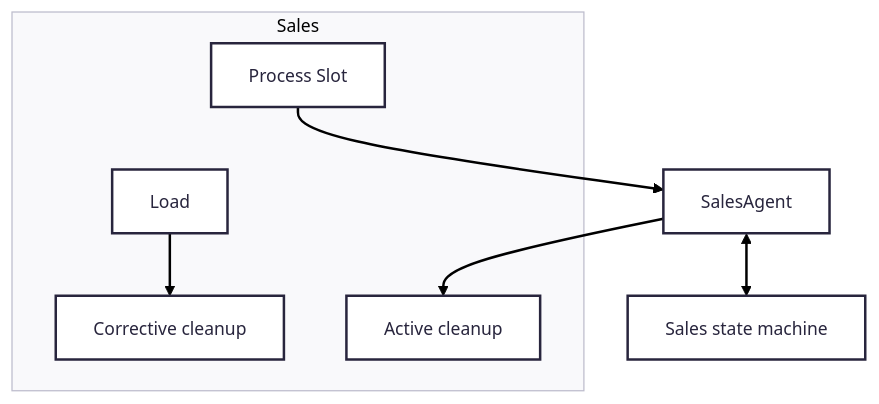
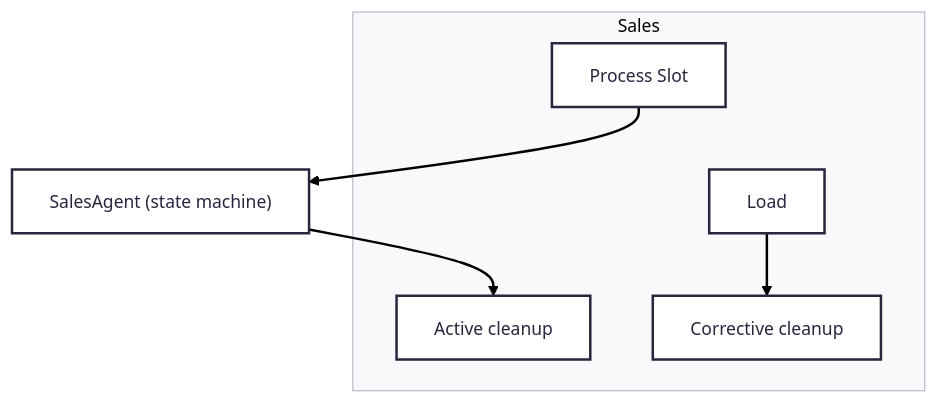
The eighth of 19 diagrams in design/sales2.md (logos-storage/logos-storage-research), drawn with Mermaid before and after one commit. The commit also changed other lines of this file, not shown here.

````diff
--- a/design/sales2.md
+++ b/design/sales2.md
@@ -354,18 +396,16 @@
 ```mermaid
 ---
 config:
   theme: redux
 ---
 flowchart TB
  subgraph Sales
         Load[Load]
         ProcessSlot[Process Slot]
         ActiveCleanup[Active cleanup]
         PassiveCleanup[Corrective cleanup]
         Load --> PassiveCleanup
   end
-  FSM[Sales state machine]
-  ProcessSlot --> SalesAgent
-  SalesAgent <--> FSM
+  ProcessSlot --> SalesAgent["SalesAgent (state machine)"]
   SalesAgent --> ActiveCleanup
 ```
````
